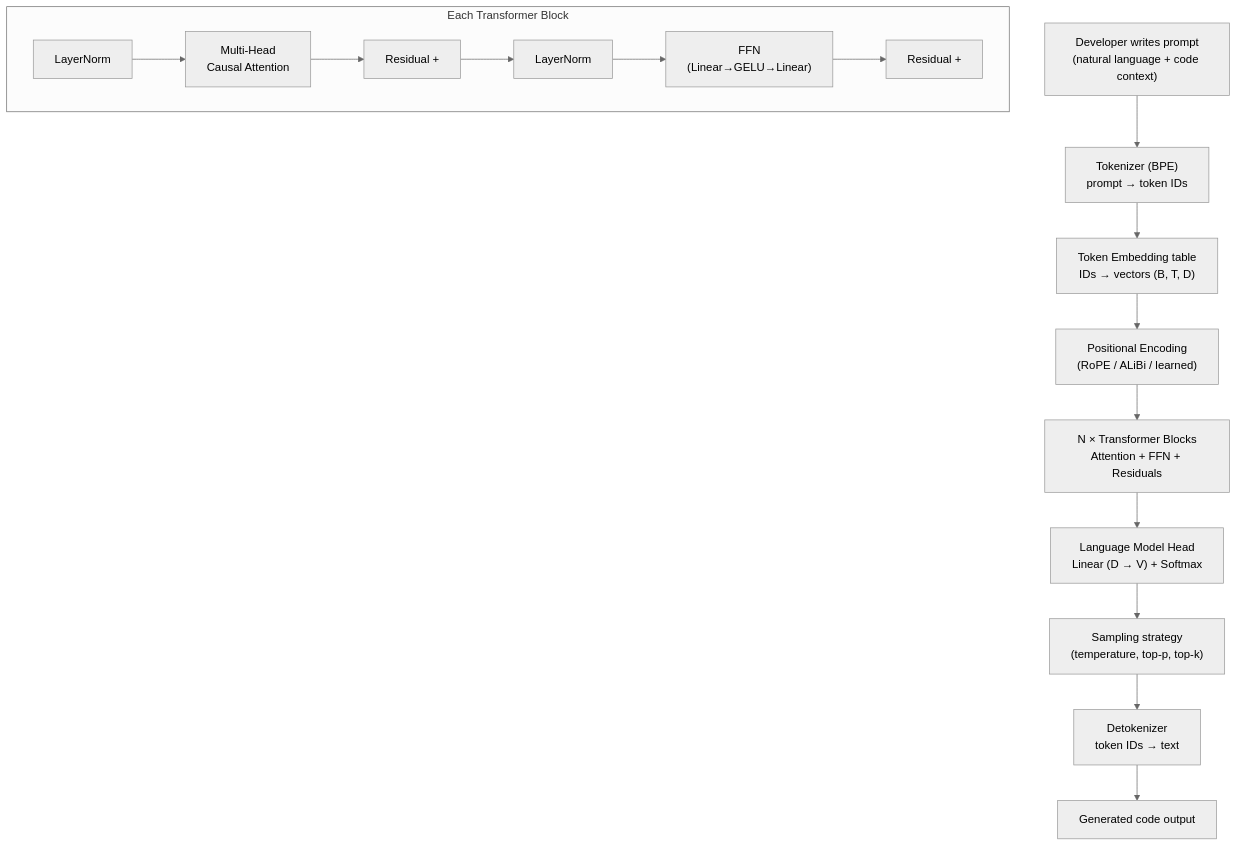
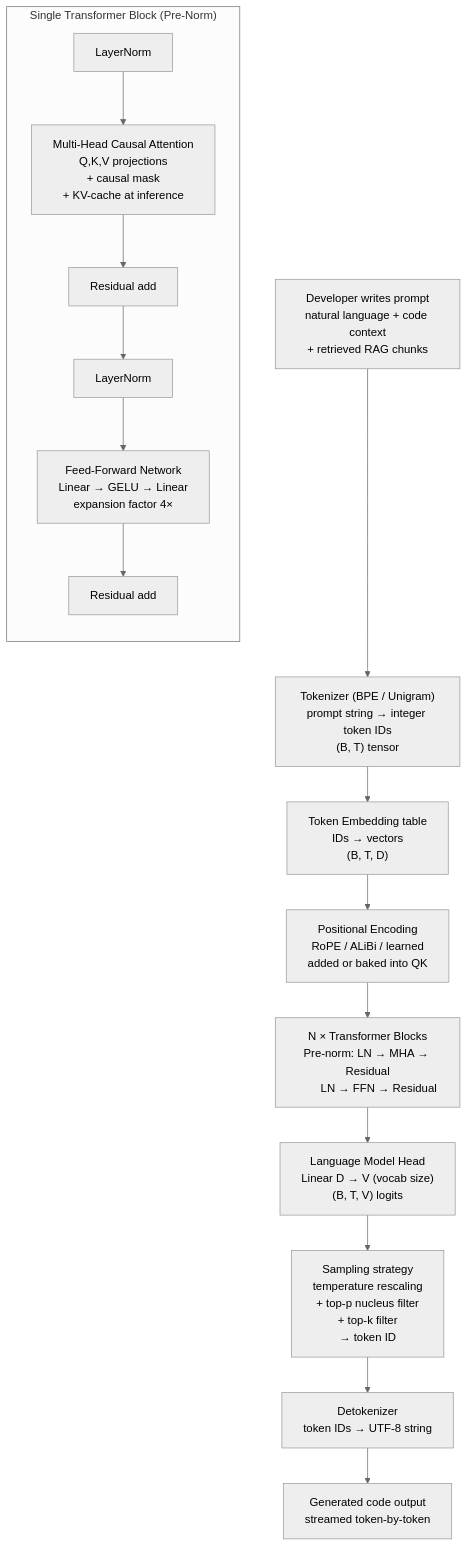
One commit to blebleblee/synapse changed the seventh of 7 diagrams in topics/computing/ai/vibe_coding/lesson_02_architecture_and_mechanics.md. Above: the diagram before and after it, drawn with Mermaid (neutral theme). The commit also changed other lines of this file and 4 other files, not shown here.

````diff
--- a/topics/computing/ai/vibe_coding/lesson_02_architecture_and_mechanics.md
+++ b/topics/computing/ai/vibe_coding/lesson_02_architecture_and_mechanics.md
@@ -468,23 +695,25 @@
 ```mermaid
 flowchart TD
-    DEV["Developer writes prompt\n(natural language + code context)"]
-    TOK["Tokenizer (BPE)\nprompt → token IDs"]
-    EMB["Token Embedding table\nIDs → vectors (B, T, D)"]
-    POS["Positional Encoding\n(RoPE / ALiBi / learned)"]
-    TRF["N × Transformer Blocks\nAttention + FFN + Residuals"]
-    HEAD["Language Model Head\nLinear (D → V) + Softmax"]
-    SAMPLE["Sampling strategy\n(temperature, top-p, top-k)"]
-    DETOK["Detokenizer\ntoken IDs → text"]
-    CODE["Generated code output"]
+    DEV["Developer writes prompt\nnatural language + code context\n+ retrieved RAG chunks"]
+    TOK["Tokenizer (BPE / Unigram)\nprompt string → integer token IDs\n(B, T) tensor"]
+    EMB["Token Embedding table\nIDs → vectors\n(B, T, D)"]
+    POS["Positional Encoding\nRoPE / ALiBi / learned\nadded or baked into QK"]
+    TRF["N × Transformer Blocks\nPre-norm: LN → MHA → Residual\n       LN → FFN → Residual"]
+    HEAD["Language Model Head\nLinear D → V (vocab size)\n(B, T, V) logits"]
+    SAMPLE["Sampling strategy\ntemperature rescaling\n+ top-p nucleus filter\n+ top-k filter\n→ token ID"]
+    DETOK["Detokenizer\ntoken IDs → UTF-8 string"]
+    CODE["Generated code output\nstreamed token-by-token"]
 
     DEV --> TOK --> EMB --> POS --> TRF --> HEAD --> SAMPLE --> DETOK --> CODE
 
-    subgraph "Each Transformer Block"
-        direction LR
-        LN1b["LayerNorm"] --> MHA["Multi-Head\nCausal Attention"]
-        MHA --> RES1b["Residual +"]
-        RES1b --> LN2b["LayerNorm"]
-        LN2b --> FFN["FFN\n(Linear→GELU→Linear)"]
-        FFN --> RES2b["Residual +"]
+    subgraph "Single Transformer Block (Pre-Norm)"
+        direction TB
+        LN1b["LayerNorm"]
+        MHA2["Multi-Head Causal Attention\nQ,K,V projections\n+ causal mask\n+ KV-cache at inference"]
+        RES1b["Residual add"]
+        LN2b["LayerNorm"]
+        FFN2["Feed-Forward Network\nLinear → GELU → Linear\nexpansion factor 4×"]
+        RES2b["Residual add"]
+        LN1b --> MHA2 --> RES1b --> LN2b --> FFN2 --> RES2b
     end
 ```
````
